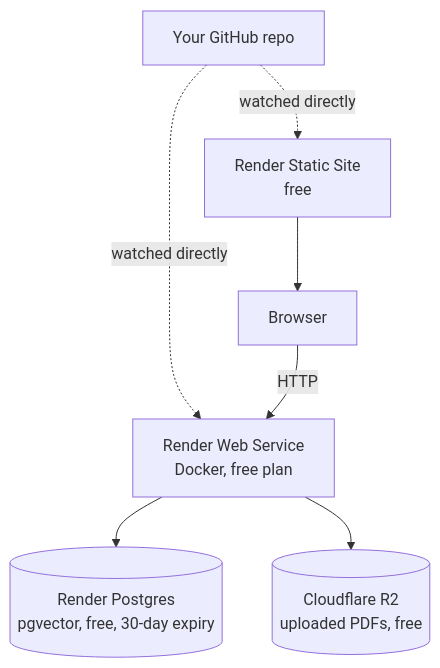
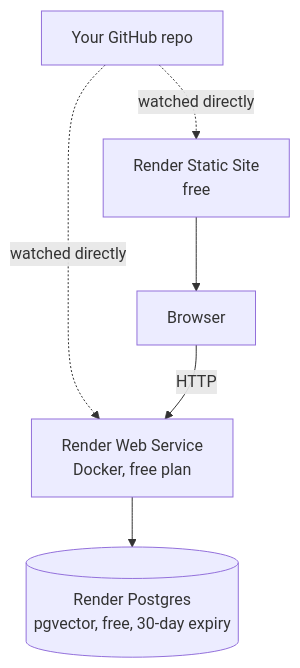
Before and after one commit to hussneyy/DocuMind-AI: the third of 3 diagrams in README.md, drawn with Mermaid. The commit also changed other lines of this file and 10 other files, not shown here.

````diff
--- a/README.md
+++ b/README.md
@@ -768,9 +768,8 @@
 ```mermaid
 flowchart TB
     GH[Your GitHub repo] -. watched directly .-> RWeb[Render Web Service<br/>Docker, free plan]
     GH -. watched directly .-> RSite[Render Static Site<br/>free]
     RSite --> Browser
     Browser -->|HTTP| RWeb
     RWeb --> RPG[(Render Postgres<br/>pgvector, free, 30-day expiry)]
-    RWeb --> R2[(Cloudflare R2<br/>uploaded PDFs, free)]
 ```
````
